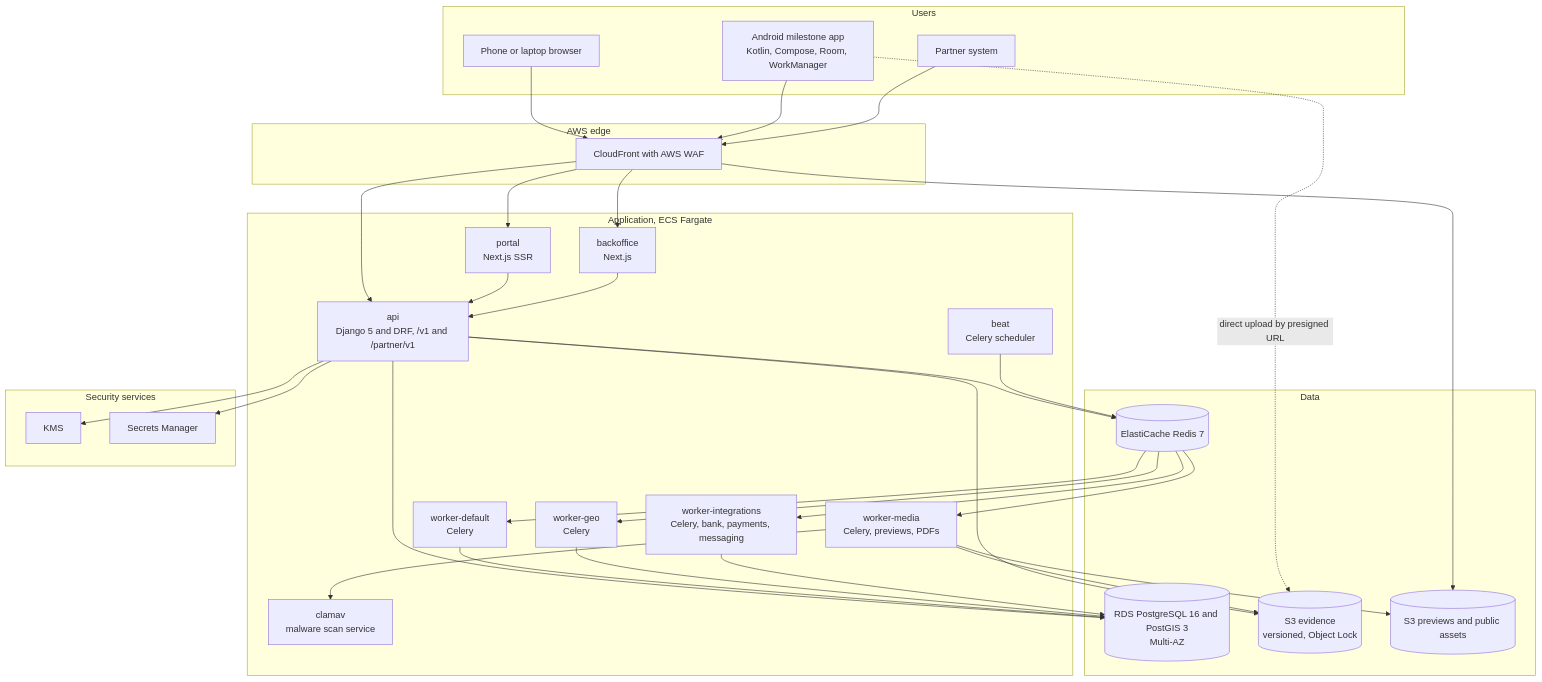
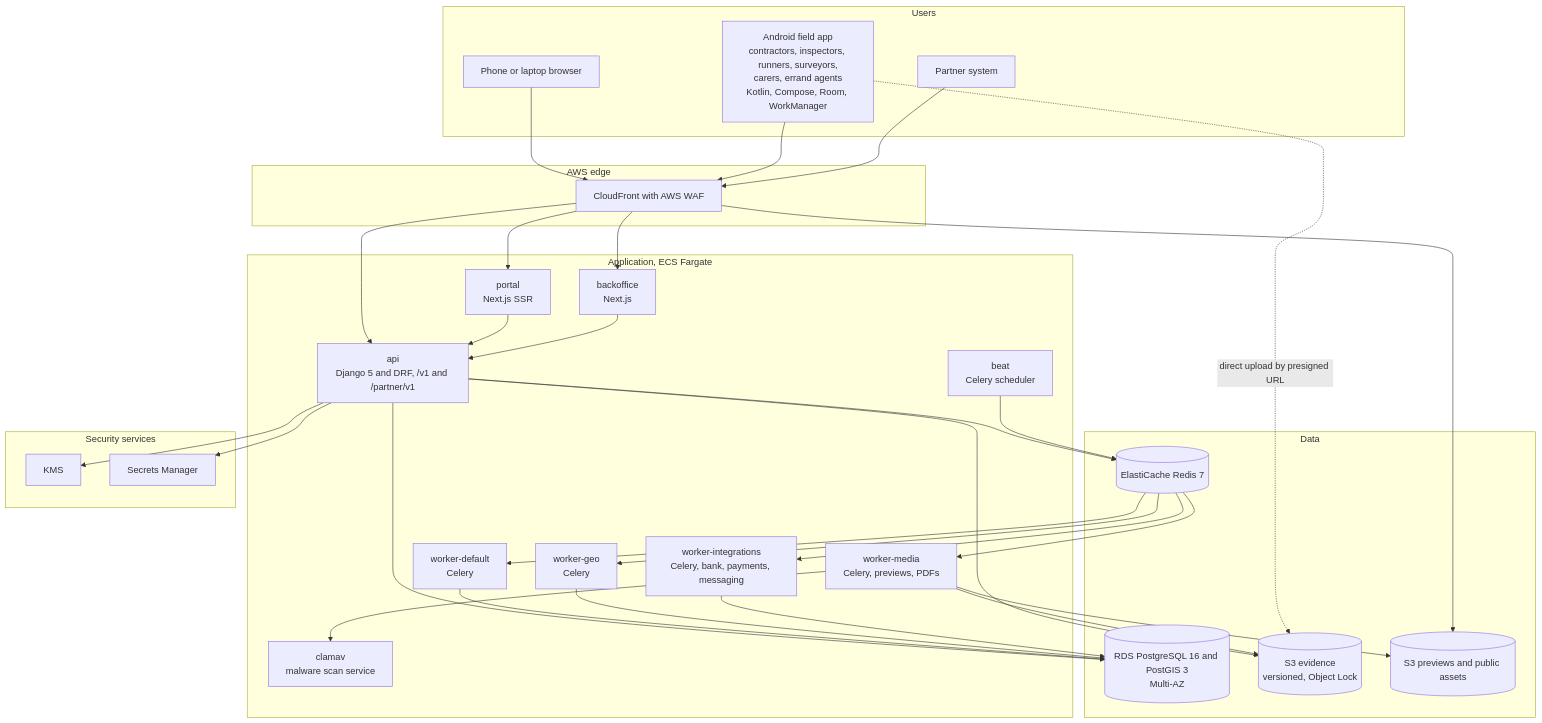
One commit to 1SteveMens/Fidero changed the second of 15 diagrams in docs/specs/02-architecture-and-technical-design.md. Above: the diagram before and after it, drawn with Mermaid. The commit also changed other lines of this file and 3 other files, not shown here.

````diff
--- a/docs/specs/02-architecture-and-technical-design.md
+++ b/docs/specs/02-architecture-and-technical-design.md
@@ -257,63 +332,63 @@
 ```mermaid
 flowchart TB
     subgraph users["Users"]
         browser["Phone or laptop browser"]
-        android["Android milestone app<br/>Kotlin, Compose, Room, WorkManager"]
+        android["Android field app<br/>contractors, inspectors, runners, surveyors,<br/>carers, errand agents<br/>Kotlin, Compose, Room, WorkManager"]
         psys["Partner system"]
     end
 
     subgraph edge["AWS edge"]
         cf["CloudFront with AWS WAF"]
     end
 
     subgraph app["Application, ECS Fargate"]
         portal["portal<br/>Next.js SSR"]
         bo["backoffice<br/>Next.js"]
         api["api<br/>Django 5 and DRF, /v1 and /partner/v1"]
         wdef["worker-default<br/>Celery"]
         wgeo["worker-geo<br/>Celery"]
         wmedia["worker-media<br/>Celery, previews, PDFs"]
         wint["worker-integrations<br/>Celery, bank, payments, messaging"]
         beat["beat<br/>Celery scheduler"]
         av["clamav<br/>malware scan service"]
     end
 
     subgraph data["Data"]
         pg[("RDS PostgreSQL 16 and PostGIS 3<br/>Multi-AZ")]
         redis[("ElastiCache Redis 7")]
         s3e[("S3 evidence<br/>versioned, Object Lock")]
         s3p[("S3 previews and public assets")]
     end
 
     subgraph sec["Security services"]
         kms["KMS"]
         sm["Secrets Manager"]
     end
 
     browser --> cf
     android --> cf
     psys --> cf
     cf --> portal
     cf --> bo
     cf --> api
     cf --> s3p
     portal --> api
     bo --> api
     api --> pg
     api --> redis
     api --> s3e
     wdef --> pg
     wgeo --> pg
     wmedia --> s3e
     wmedia --> s3p
     wmedia --> av
     wint --> pg
     beat --> redis
     redis --> wdef
     redis --> wgeo
     redis --> wmedia
     redis --> wint
     api --> kms
     api --> sm
     android -.->|"direct upload by presigned URL"| s3e
 ```
````
